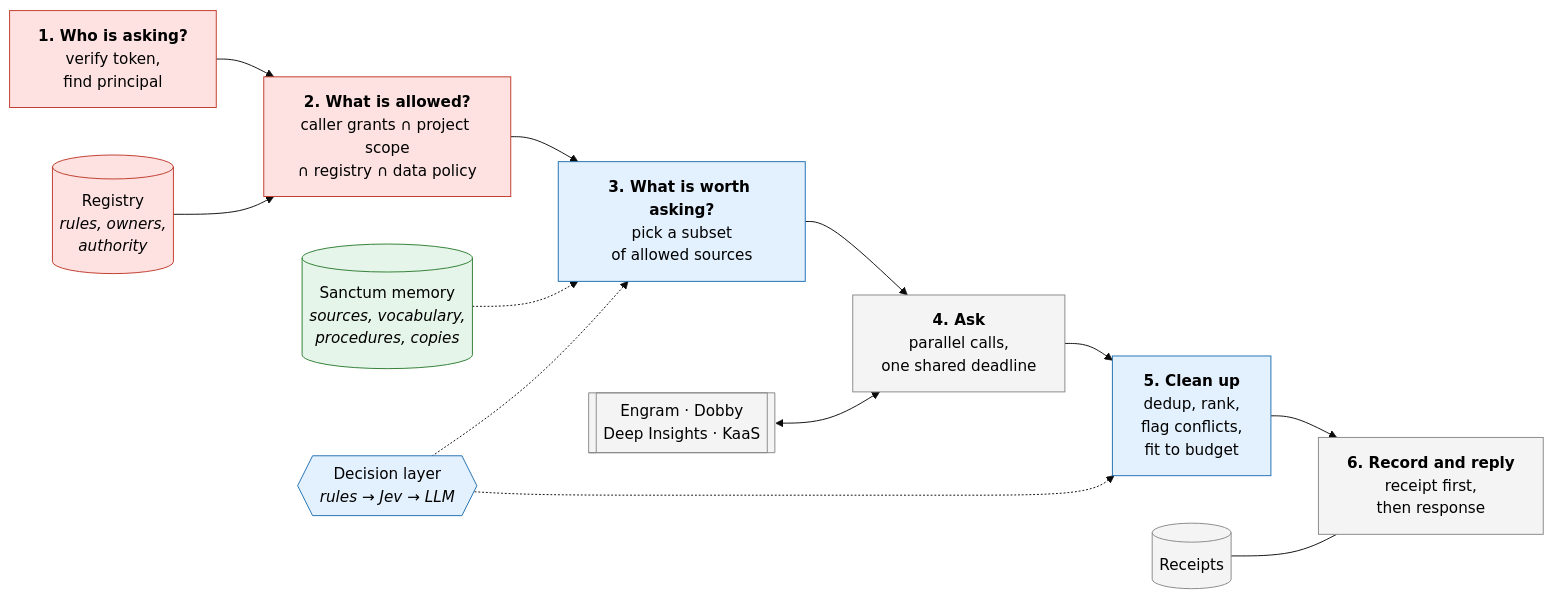
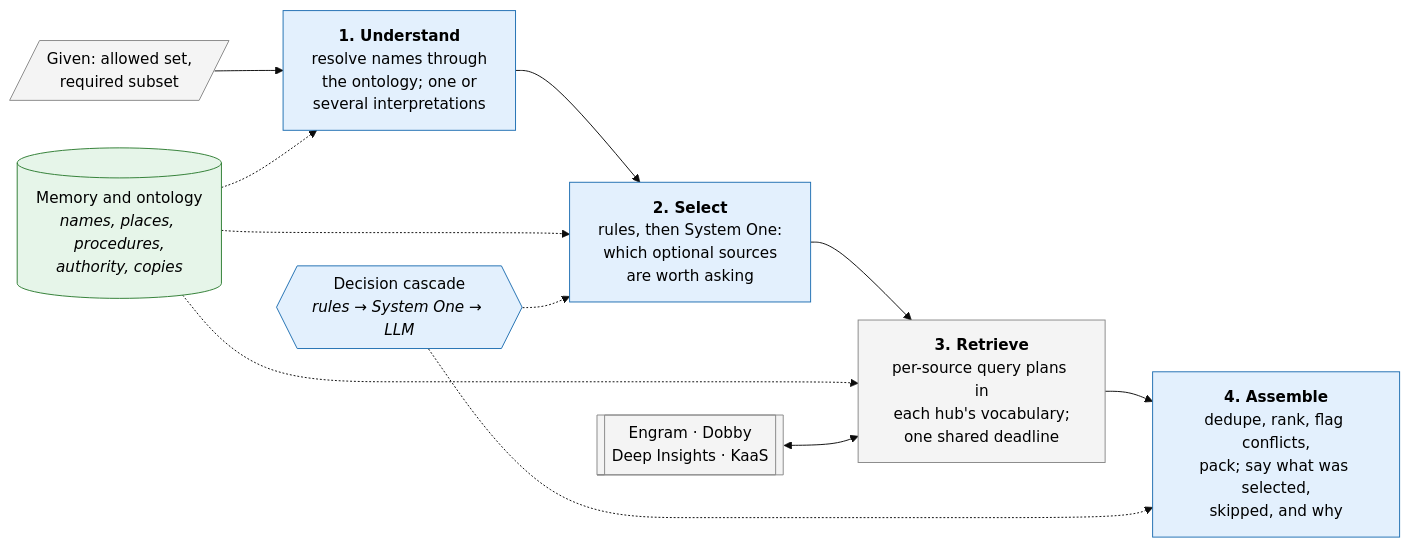
One commit to arunmenon/sanctum changed the third of 11 diagrams in design/intelligence-layer/hld.md. Above: the diagram before and after it, drawn with Mermaid (base theme). The commit also changed other lines of this file and 7 other files, not shown here.

````diff
--- a/design/intelligence-layer/hld.md
+++ b/design/intelligence-layer/hld.md
@@ -151,26 +158,23 @@
 ```mermaid
 flowchart LR
-    S1["<b>1. Who is asking?</b><br/>verify token,<br/>find principal"]
-    S2["<b>2. What is allowed?</b><br/>caller grants ∩ project scope<br/>∩ registry ∩ data policy"]
-    S3["<b>3. What is worth asking?</b><br/>pick a subset<br/>of allowed sources"]
-    S4["<b>4. Ask</b><br/>parallel calls,<br/>one shared deadline"]
-    S5["<b>5. Clean up</b><br/>dedup, rank,<br/>flag conflicts,<br/>fit to budget"]
-    S6["<b>6. Record and reply</b><br/>receipt first,<br/>then response"]
-    S1 --> S2 --> S3 --> S4 --> S5 --> S6
+    AS[/"Given: allowed set,<br/>required subset"/]
+    S1["<b>1. Understand</b><br/>resolve names through<br/>the ontology; one or<br/>several interpretations"]
+    S2["<b>2. Select</b><br/>rules, then System One:<br/>which optional sources<br/>are worth asking"]
+    S3["<b>3. Retrieve</b><br/>per-source query plans in<br/>each hub's vocabulary;<br/>one shared deadline"]
+    S4["<b>4. Assemble</b><br/>dedupe, rank, flag conflicts,<br/>pack; say what was selected,<br/>skipped, and why"]
+    AS --> S1 --> S2 --> S3 --> S4
 
-    R[("Registry<br/><i>rules, owners,<br/>authority</i>")] --> S2
-    G[("Sanctum memory<br/><i>sources, vocabulary,<br/>procedures, copies</i>")] -.-> S3
-    D{{"Decision layer<br/><i>rules → Jev → LLM</i>"}} -.-> S3
-    D -.-> S5
-    B[["Engram · Dobby<br/>Deep Insights · KaaS"]] <--> S4
-    L[("Receipts")] --- S6
+    G[("Memory and ontology<br/><i>names, places, procedures,<br/>authority, copies</i>")] -.-> S1
+    G -.-> S2
+    G -.-> S3
+    D{{"Decision cascade<br/><i>rules → System One → LLM</i>"}} -.-> S2
+    D -.-> S4
+    B[["Engram · Dobby<br/>Deep Insights · KaaS"]] <--> S3
 
-    classDef policy fill:#fde2e1,stroke:#c0392b,color:#000
     classDef judge fill:#e3f0fd,stroke:#1f6fb2,color:#000
     classDef mem fill:#e6f5e9,stroke:#2e7d32,color:#000
     classDef io fill:#f4f4f4,stroke:#888,color:#000
-    class S1,S2,R policy
-    class S3,S5,D judge
+    class S1,S2,S4,D judge
     class G mem
-    class S4,S6,B,L io
+    class AS,S3,B io
 ```
````
